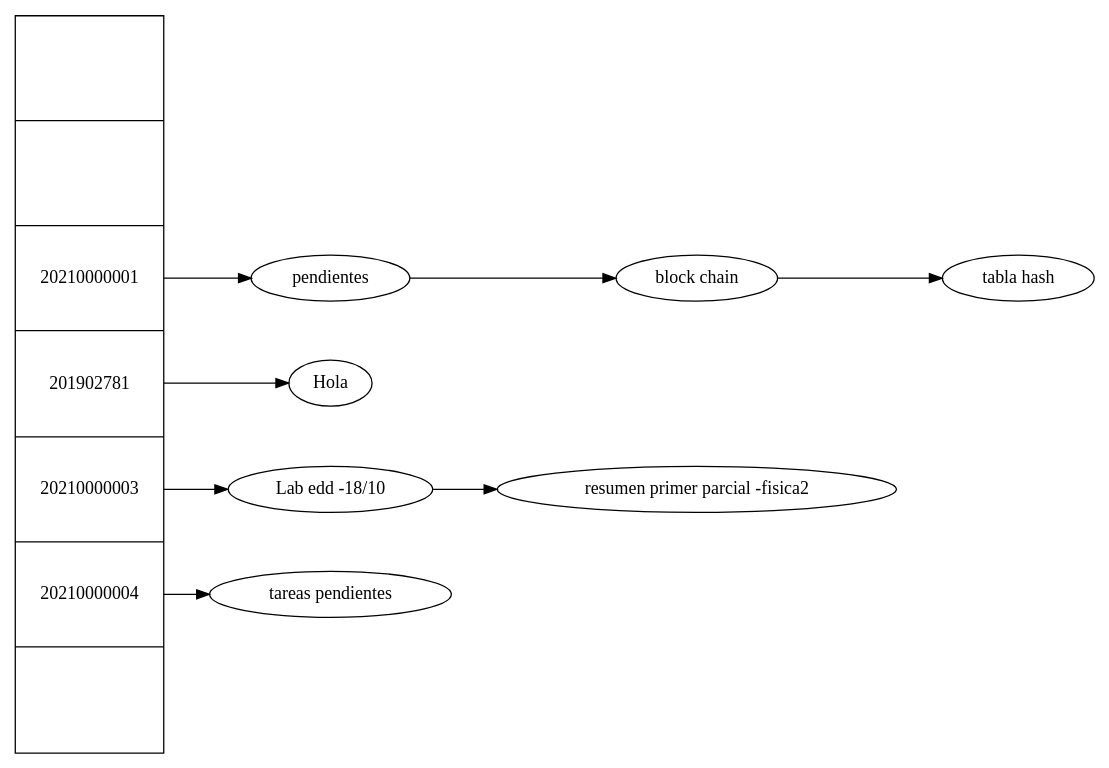
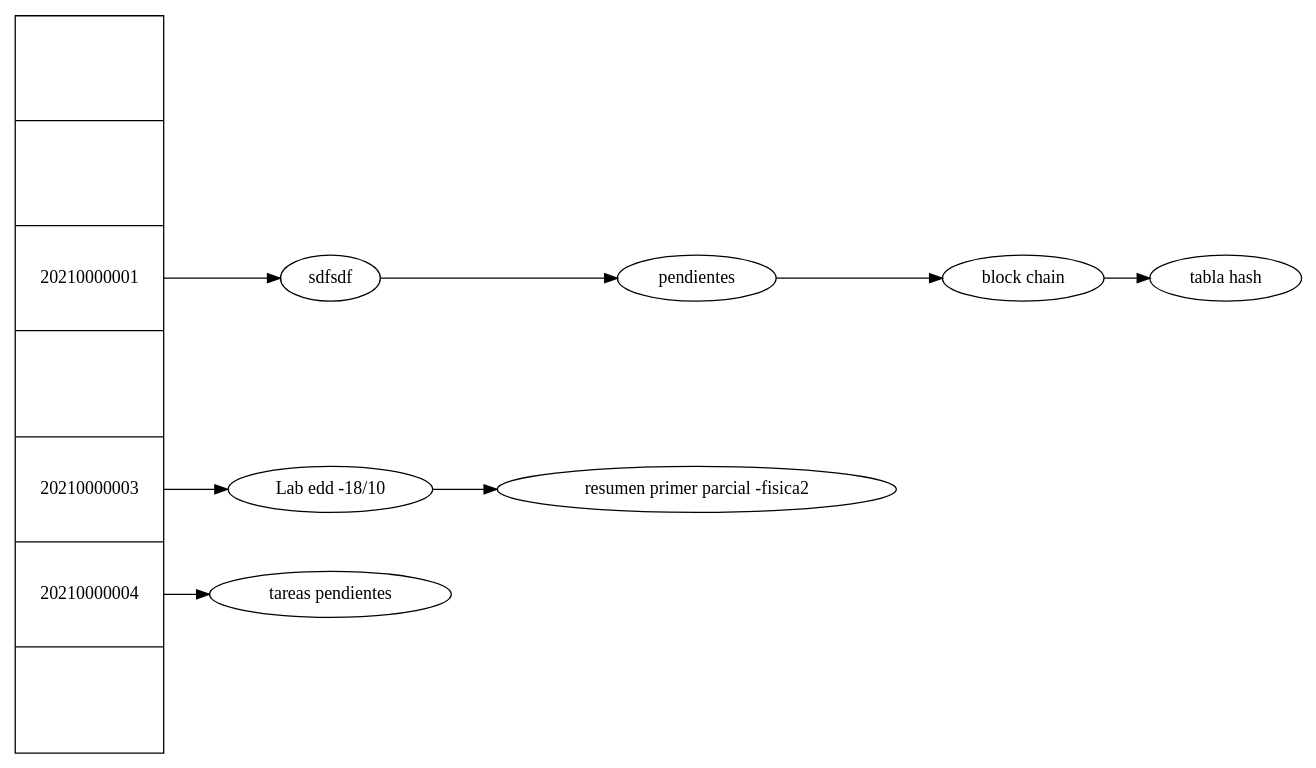
Before and after one commit to rodriporon/EDD_SmartClass_201902781: the diagram in Fase 3/frontend/src/pages/TablaHash/TablaHash.dot, drawn with Graphviz. The commit also changed 4 other files, not shown here.

```diff
--- a/Fase 3/frontend/src/pages/TablaHash/TablaHash.dot
+++ b/Fase 3/frontend/src/pages/TablaHash/TablaHash.dot
@@ -1,18 +1,18 @@
 digraph structs {
  rankdir=LR node[shape=record]; 
-struct1 [label="<f0> |<f1> |<f2> 20210000001|<f3> 201902781|<f4> 20210000003|<f5> 20210000004|<f6> " height=8];
-n20 [shape=ellipse, label="pendientes" pos="16, -2!"]struct1:f2 -> n20 
+struct1 [label="<f0> |<f1> |<f2> 20210000001|<f3> |<f4> 20210000003|<f5> 20210000004|<f6> " height=8];
+n20 [shape=ellipse, label="sdfsdf" pos="16, -2!"]struct1:f2 -> n20 
 
-n21 [shape=ellipse, label="block chain" pos="18, -2!"]n20 -> n21 
+n21 [shape=ellipse, label="pendientes" pos="18, -2!"]n20 -> n21 
 
-n22 [shape=ellipse, label="tabla hash" pos="20, -2!"]n21 -> n22 
+n22 [shape=ellipse, label="block chain" pos="20, -2!"]n21 -> n22 
 
-n30 [shape=ellipse, label="Hola" pos="16, -3!"]struct1:f3 -> n30 
+n23 [shape=ellipse, label="tabla hash" pos="22, -2!"]n22 -> n23 
 
 n40 [shape=ellipse, label="Lab edd -18/10" pos="16, -4!"]struct1:f4 -> n40 
 
 n41 [shape=ellipse, label="resumen primer parcial -fisica2" pos="18, -4!"]n40 -> n41 
 
 n50 [shape=ellipse, label="tareas pendientes" pos="16, -5!"]struct1:f5 -> n50 
 
 }
```
